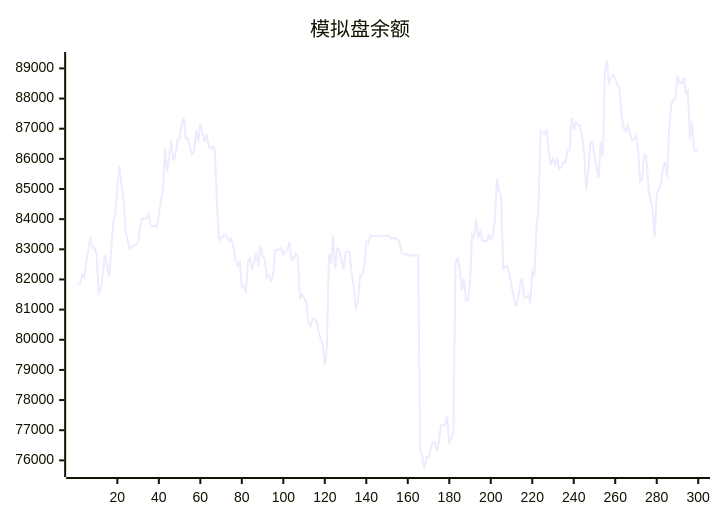
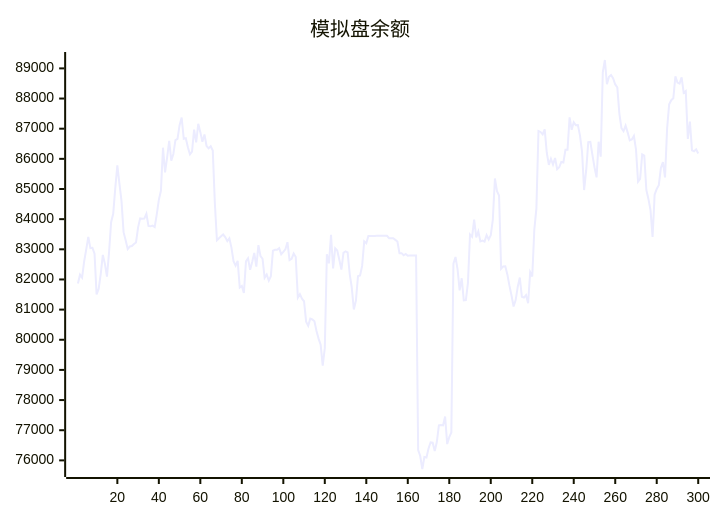
The diagram in README.md (aahl/ai-trading), drawn with Mermaid before and after one commit. The commit also changed other lines of this file and 1 other file, not shown here.

````diff
--- a/README.md
+++ b/README.md
@@ -5,5 +5,5 @@
 ```mermaid
 xychart
     title "模拟盘余额"
-    line [81866,81866,82158,82061,82596,83000,83408,83041,83050,82858,81503,81691,82188,82812,82517,82092,82901,83898,84180,85030,85781,85178,84604,83569,83298,83008,83093,83107,83175,83228,83729,84025,84017,84019,84177,83775,83762,83785,83738,84160,84639,84939,86370,85548,86046,86599,85942,86161,86622,86664,87115,87369,86666,86685,86384,86152,86243,86969,86548,87164,86885,86566,86809,86427,86348,86417,86273,84538,83299,83369,83430,83490,83404,83270,83362,83056,82605,82459,82614,81734,81788,81551,82598,82702,82320,82580,82878,82426,83139,82778,82686,82056,82166,81963,82110,82951,82983,82984,83038,82838,82915,82998,83235,82642,82682,82858,82746,81396,81512,81362,81277,80600,80461,80699,80673,80616,80288,80038,79836,79142,79722,82837,82533,83480,82366,83032,82960,82654,82330,82883,82934,82901,82188,81728,81005,81298,82110,82135,82449,83264,83203,83440,83439,83440,83440,83446,83447,83448,83447,83448,83449,83369,83369,83369,83313,83256,82872,82873,82801,82844,82785,82791,82791,82793,82794,76339,76145,75714,76110,76096,76397,76594,76585,76310,76607,77160,77170,77160,77456,76541,76774,76927,82520,82744,82337,81639,82040,81307,81314,81887,83490,83414,83984,83396,83594,83261,83287,83253,83470,83327,83465,83987,85348,84930,84786,82355,82433,82438,82167,81795,81466,81105,81315,81756,82064,81426,81398,81481,81210,82242,82099,83658,84359,86925,86892,86814,86980,86203,85802,86003,85811,86028,85657,85721,85896,85880,86300,86299,87378,86965,87214,87115,87118,86780,86238,84966,85623,86555,86562,86129,85722,85387,86569,86070,88870,89278,88477,88720,88781,88668,88467,88372,87493,87018,86917,87102,86870,86613,86644,86758,86317,85242,85334,86149,86106,84968,84671,84302,83410,84816,85001,85127,85693,85891,85384,87001,87811,87945,88007,88734,88528,88495,88705,88189,88248,86662,87234,86279,86251,86314]
+    line [81866,82158,82061,82596,83000,83408,83041,83050,82858,81503,81691,82188,82812,82517,82092,82901,83898,84180,85030,85781,85178,84604,83569,83298,83008,83093,83107,83175,83228,83729,84025,84017,84019,84177,83775,83762,83785,83738,84160,84639,84939,86370,85548,86046,86599,85942,86161,86622,86664,87115,87369,86666,86685,86384,86152,86243,86969,86548,87164,86885,86566,86809,86427,86348,86417,86273,84538,83299,83369,83430,83490,83404,83270,83362,83056,82605,82459,82614,81734,81788,81551,82598,82702,82320,82580,82878,82426,83139,82778,82686,82056,82166,81963,82110,82951,82983,82984,83038,82838,82915,82998,83235,82642,82682,82858,82746,81396,81512,81362,81277,80600,80461,80699,80673,80616,80288,80038,79836,79142,79722,82837,82533,83480,82366,83032,82960,82654,82330,82883,82934,82901,82188,81728,81005,81298,82110,82135,82449,83264,83203,83440,83439,83440,83440,83446,83447,83448,83447,83448,83449,83369,83369,83369,83313,83256,82872,82873,82801,82844,82785,82791,82791,82793,82794,76339,76145,75714,76110,76096,76397,76594,76585,76310,76607,77160,77170,77160,77456,76541,76774,76927,82520,82744,82337,81639,82040,81307,81314,81887,83490,83414,83984,83396,83594,83261,83287,83253,83470,83327,83465,83987,85348,84930,84786,82355,82433,82438,82167,81795,81466,81105,81315,81756,82064,81426,81398,81481,81210,82242,82099,83658,84359,86925,86892,86814,86980,86203,85802,86003,85811,86028,85657,85721,85896,85880,86300,86299,87378,86965,87214,87115,87118,86780,86238,84966,85623,86555,86562,86129,85722,85387,86569,86070,88870,89278,88477,88720,88781,88668,88467,88372,87493,87018,86917,87102,86870,86613,86644,86758,86317,85242,85334,86149,86106,84968,84671,84302,83410,84816,85001,85127,85693,85891,85384,87001,87811,87945,88007,88734,88528,88495,88705,88189,88248,86662,87234,86279,86251,86314,86177]
 ```
````
